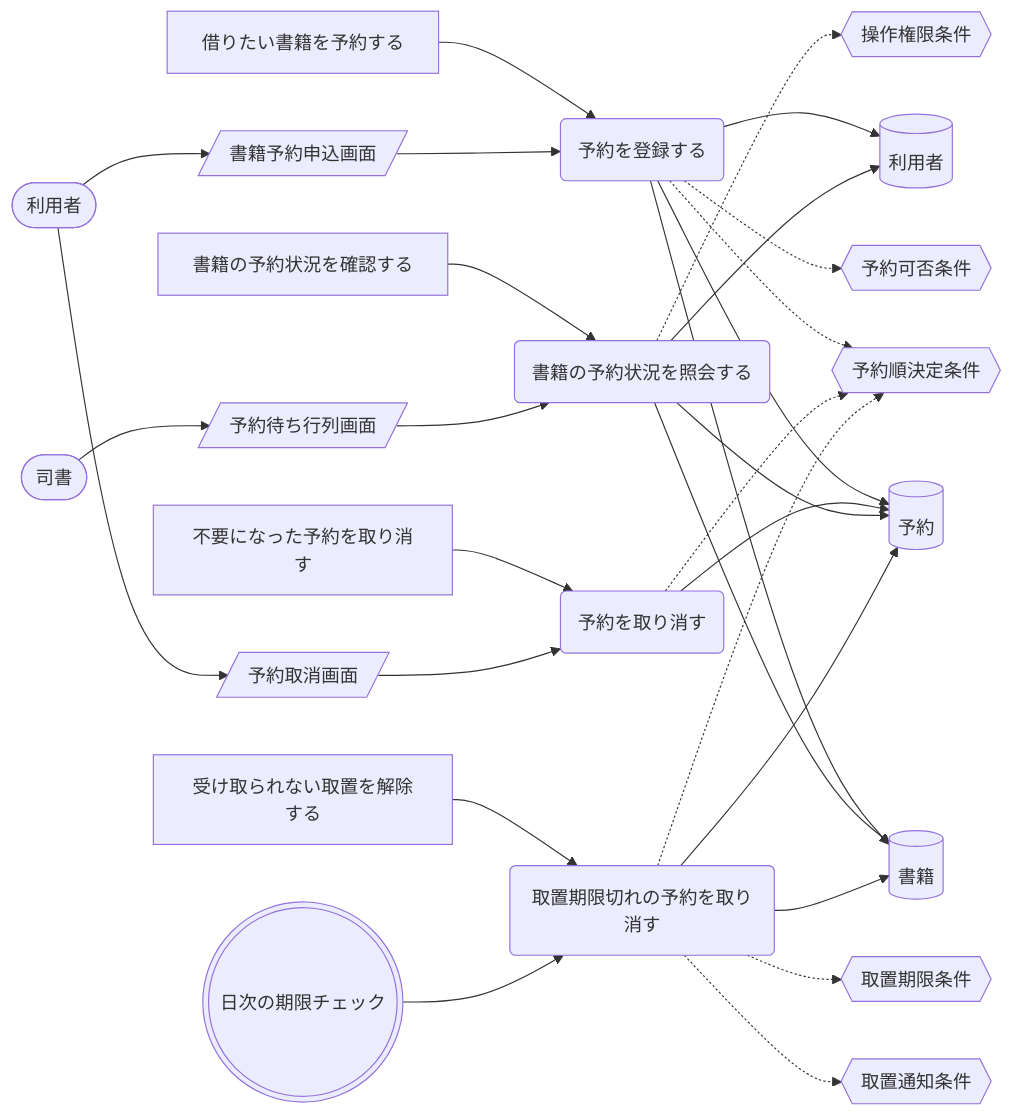
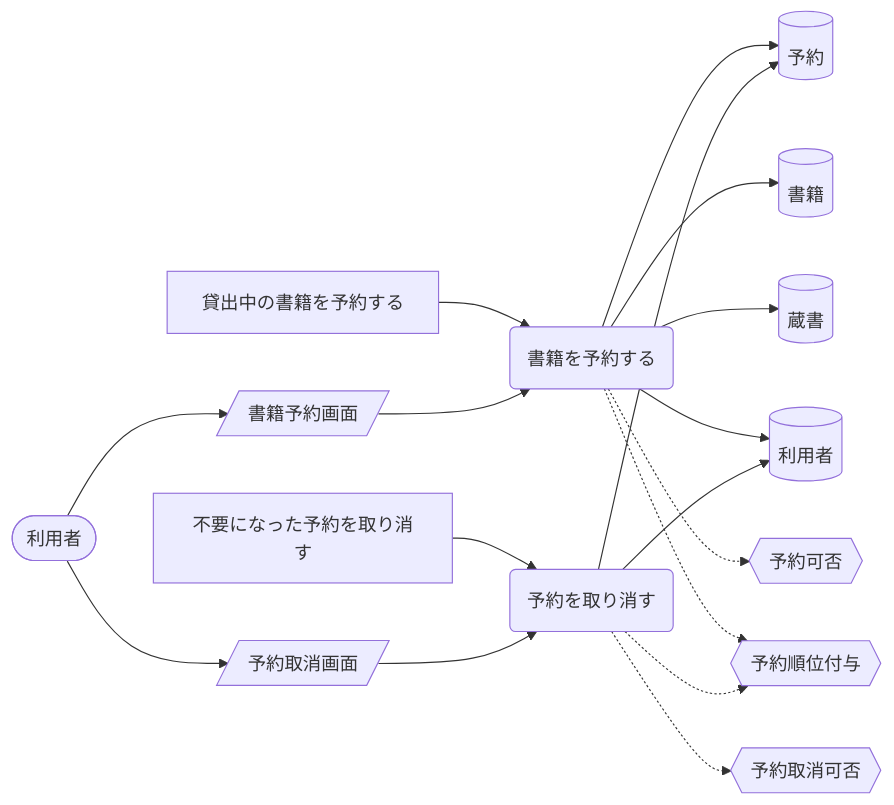
The sixth of 11 diagrams in samples/distillery2/library-loan/docs/requirements/rdra/views/04_UC複合図.md (suwa-sh/suwa-sh-claude-plugins), drawn with Mermaid before and after one commit. The commit also changed other lines of this file and 249 other files, not shown here.

````diff
--- a/samples/distillery2/library-loan/docs/requirements/rdra/views/04_UC複合図.md
+++ b/samples/distillery2/library-loan/docs/requirements/rdra/views/04_UC複合図.md
@@ -281,52 +226,33 @@
 ```mermaid
 graph LR
-  UC1("予約を登録する")
-  AT1["借りたい書籍を予約する"]
+  UC1("書籍を予約する")
+  AT1["貸出中の書籍を予約する"]
   IF1[("予約")]
   IF2[("書籍")]
-  IF3[("利用者")]
-  CD1{{"予約可否条件"}}
-  CD2{{"予約順決定条件"}}
-  SC1[/"書籍予約申込画面"/]
+  IF3[("蔵書")]
+  IF4[("利用者")]
+  CD1{{"予約可否"}}
+  CD2{{"予約順位付与"}}
+  SC1[/"書籍予約画面"/]
   AC1(["利用者"])
   UC2("予約を取り消す")
   AT2["不要になった予約を取り消す"]
+  CD3{{"予約取消可否"}}
   SC2[/"予約取消画面"/]
-  UC3("書籍の予約状況を照会する")
-  AT3["書籍の予約状況を確認する"]
-  CD3{{"操作権限条件"}}
-  SC3[/"予約待ち行列画面"/]
-  AC2(["司書"])
-  UC4("取置期限切れの予約を取り消す")
-  AT4["受け取られない取置を解除する"]
-  CD4{{"取置通知条件"}}
-  CD5{{"取置期限条件"}}
-  TM1((("日次の期限チェック")))
   AT1 --> UC1
   UC1 --> IF1
   UC1 --> IF2
   UC1 --> IF3
+  UC1 --> IF4
   UC1 -.-> CD1
   UC1 -.-> CD2
   AC1 --> SC1
   SC1 --> UC1
   AT2 --> UC2
   UC2 --> IF1
+  UC2 --> IF4
+  UC2 -.-> CD3
   UC2 -.-> CD2
   AC1 --> SC2
   SC2 --> UC2
-  AT3 --> UC3
-  UC3 --> IF1
-  UC3 --> IF2
-  UC3 --> IF3
-  UC3 -.-> CD3
-  AC2 --> SC3
-  SC3 --> UC3
-  AT4 --> UC4
-  UC4 --> IF1
-  UC4 --> IF2
-  UC4 -.-> CD2
-  UC4 -.-> CD4
-  UC4 -.-> CD5
-  TM1 --> UC4
 ```
````
